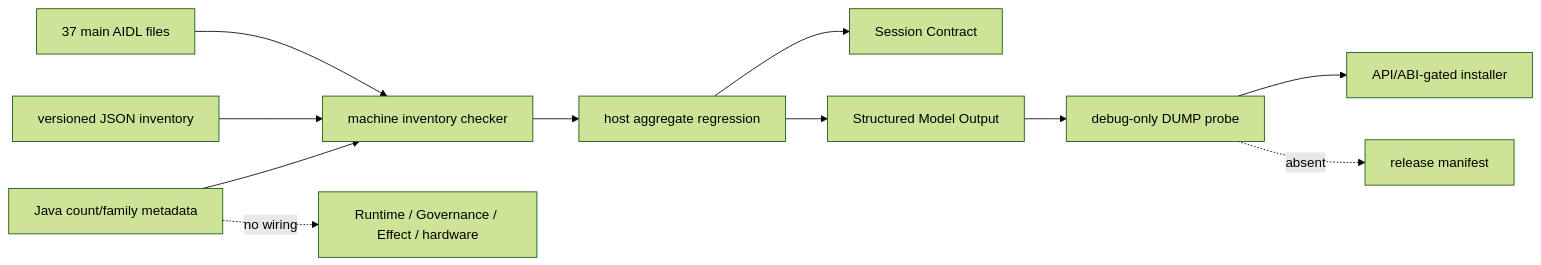
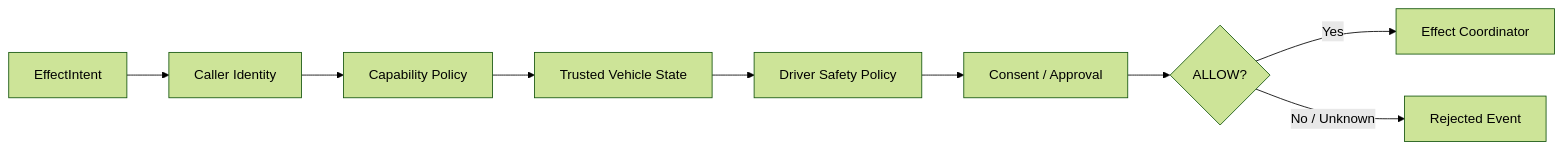
Before and after one commit to LucasWEIchen/CougarOS: the sixth of 15 diagrams in docs/CENTRAL_BRAIN_SOFTWARE_ARCHITECTURE.md, drawn with Mermaid (forest theme). The commit also changed other lines of this file and 222 other files, not shown here.

````diff
--- a/docs/CENTRAL_BRAIN_SOFTWARE_ARCHITECTURE.md
+++ b/docs/CENTRAL_BRAIN_SOFTWARE_ARCHITECTURE.md
@@ -1551,13 +234,16 @@
 ```mermaid
 flowchart LR
-    A["37 main AIDL files"] --> C["machine inventory checker"]
-    J["versioned JSON inventory"] --> C
-    M["Java count/family metadata"] --> C
-    C --> H["host aggregate regression"]
-    H --> S["Session Contract"]
-    H --> O["Structured Model Output"]
-    O --> P["debug-only DUMP probe"]
-    P --> I["API/ABI-gated installer"]
-    P -. absent .-> R["release manifest"]
-    M -. no wiring .-> X["Runtime / Governance / Effect / hardware"]
+    Intent["EffectIntent"]
+    Identity["Caller Identity"]
+    Capability["Capability Policy"]
+    VehicleState["Trusted Vehicle State"]
+    Safety["Driver Safety Policy"]
+    Consent["Consent / Approval"]
+    Decision{"ALLOW?"}
+    Execute["Effect Coordinator"]
+    Deny["Rejected Event"]
+
+    Intent --> Identity --> Capability --> VehicleState --> Safety --> Consent --> Decision
+    Decision -->|Yes| Execute
+    Decision -->|No / Unknown| Deny
 ```
````
